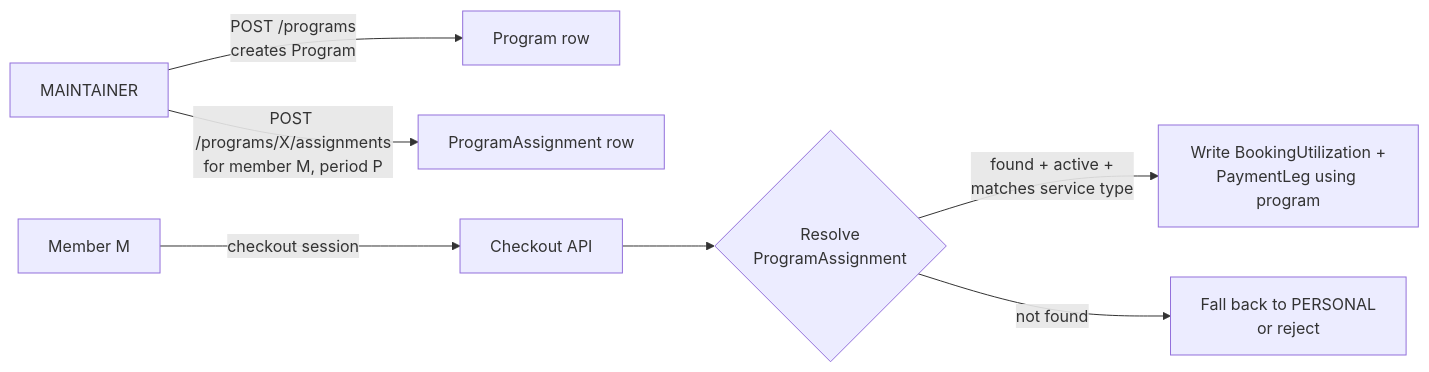
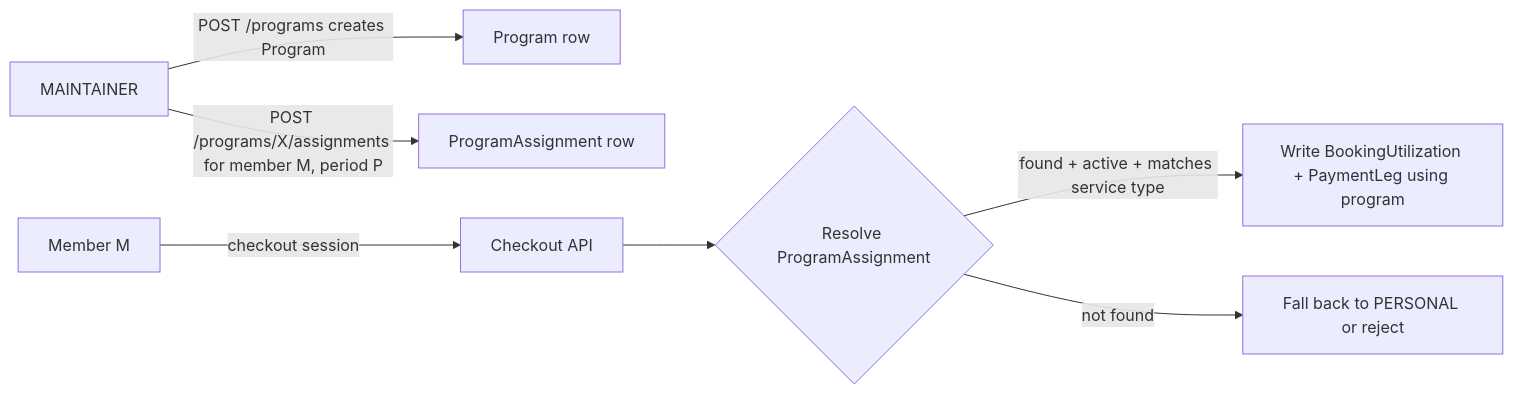
Before and after one commit to Practitionist/familiarise_web: the ninth of 24 diagrams in docs/enterprise/enterprise-complete-guide.md, drawn with Mermaid. The commit also changed other lines of this file, not shown here.

First line of the commit message:
fix(enterprise): remove br/ from flowchart node labels

````diff
--- a/docs/enterprise/enterprise-complete-guide.md
+++ b/docs/enterprise/enterprise-complete-guide.md
@@ -640,9 +640,9 @@
 ```mermaid
 flowchart LR
-    A[MAINTAINER] -->|POST /programs<br/>creates Program| P[Program row]
-    A -->|POST /programs/X/assignments<br/>for member M, period P| PA[ProgramAssignment row]
+    A[MAINTAINER] -->|POST /programs creates Program| P[Program row]
+    A -->|POST /programs/X/assignments for member M, period P| PA[ProgramAssignment row]
     B[Member M] -->|checkout session| C[Checkout API]
-    C --> D{Resolve<br/>ProgramAssignment}
-    D -->|found + active +<br/>matches service type| E[Write BookingUtilization +<br/>PaymentLeg using program]
-    D -->|not found| F[Fall back to PERSONAL<br/>or reject]
+    C --> D{Resolve ProgramAssignment}
+    D -->|found + active + matches service type| E[Write BookingUtilization + PaymentLeg using program]
+    D -->|not found| F[Fall back to PERSONAL or reject]
 ```
````
